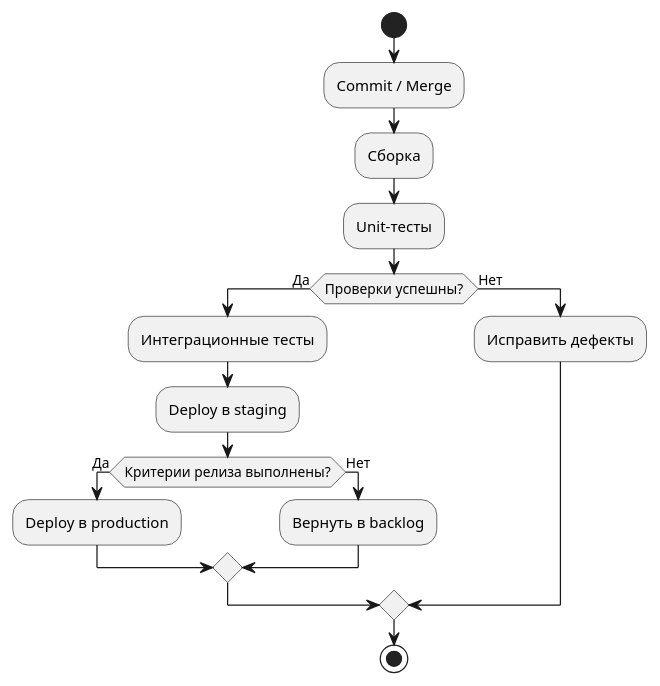
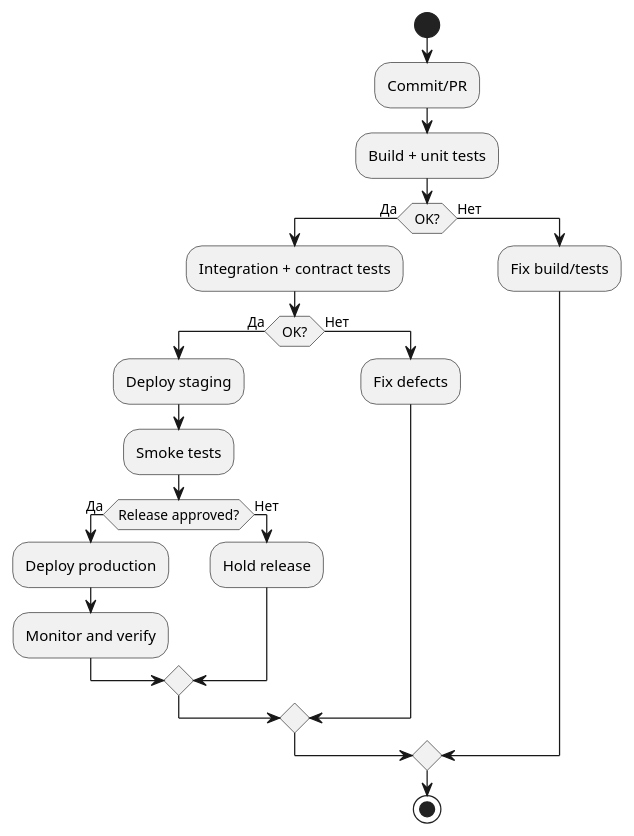
Before and after one commit to iwizy/analyst_kb: the diagram in docs/development-process/product-lifecycle/cicd-basics.md, drawn with PlantUML. The commit also changed other lines of this file and 189 other files, not shown here.

````diff
--- a/docs/development-process/product-lifecycle/cicd-basics.md
+++ b/docs/development-process/product-lifecycle/cicd-basics.md
@@ -20,20 +21,25 @@
 ```kroki-plantuml
 @startuml
 start
-:Commit / Merge;
-:Сборка;
-:Unit-тесты;
-if (Проверки успешны?) then (Да)
-  :Интеграционные тесты;
-  :Deploy в staging;
-  if (Критерии релиза выполнены?) then (Да)
-    :Deploy в production;
+:Commit/PR;
+:Build + unit tests;
+if (OK?) then (Да)
+  :Integration + contract tests;
+  if (OK?) then (Да)
+    :Deploy staging;
+    :Smoke tests;
+    if (Release approved?) then (Да)
+      :Deploy production;
+      :Monitor and verify;
+    else (Нет)
+      :Hold release;
+    endif
   else (Нет)
-    :Вернуть в backlog;
+    :Fix defects;
   endif
 else (Нет)
-  :Исправить дефекты;
+  :Fix build/tests;
 endif
 stop
 @enduml
 ```
````
